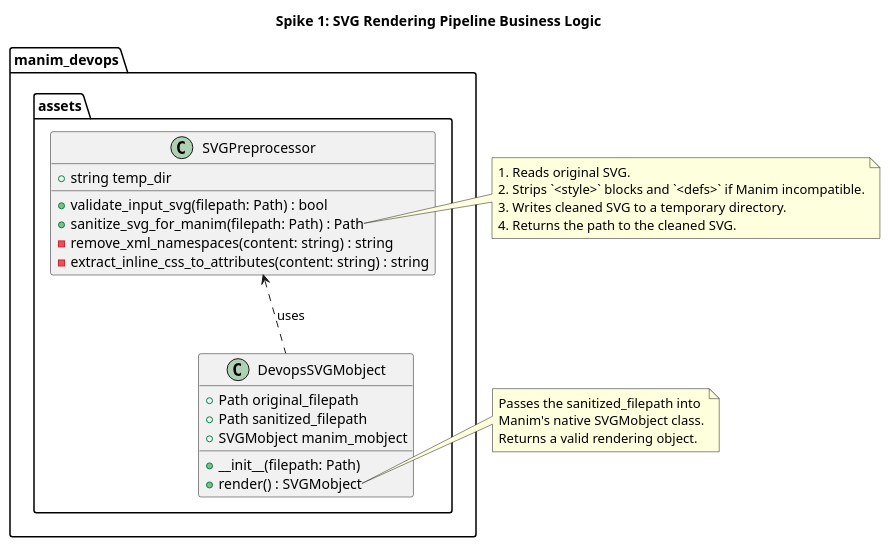
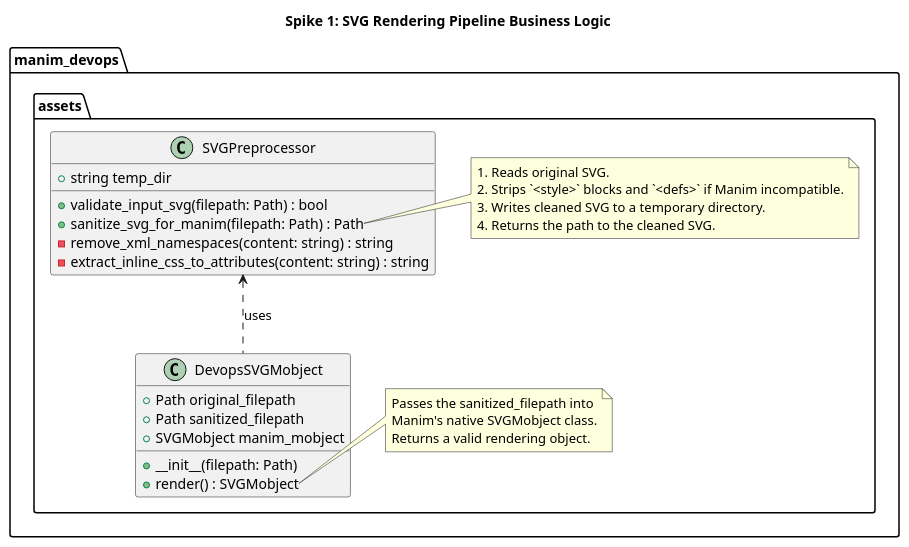
One commit to neveripe/infranim changed the diagram in spikes/spike_1/business_logic.puml. Above: the diagram before and after it, drawn with PlantUML. The commit also changed 6 other files, not shown here.

Commit message:
feat(spike3): implement strict TDD orthogonal edge routing logic and fix PlantUML syntax

```diff
--- a/spikes/spike_1/business_logic.puml
+++ b/spikes/spike_1/business_logic.puml
@@ -1,44 +1,44 @@
 @startuml spike_1_business_logic
 
 title Spike 1: SVG Rendering Pipeline Business Logic
 
 skinparam BoxPadding 10
 
 package "manim_devops.assets" {
     
     class SVGPreprocessor {
         + string temp_dir
         __
         + validate_input_svg(filepath: Path) : bool
         + sanitize_svg_for_manim(filepath: Path) : Path
         - remove_xml_namespaces(content: string) : string
         - extract_inline_css_to_attributes(content: string) : string
     }
 
     class DevopsSVGMobject {
         + Path original_filepath
         + Path sanitized_filepath
         + SVGMobject manim_mobject
         __
         + __init__(filepath: Path)
         + render() : SVGMobject
     }
 
 }
 
-note right of SVGPreprocessor::sanitize_svg_for_manim
+note right of manim_devops.assets.SVGPreprocessor::sanitize_svg_for_manim
   1. Reads original SVG.
   2. Strips `<style>` blocks and `<defs>` if Manim incompatible.
   3. Writes cleaned SVG to a temporary directory.
   4. Returns the path to the cleaned SVG.
 end note
 
-note right of DevopsSVGMobject::render
+note right of manim_devops.assets.DevopsSVGMobject::render
   Passes the sanitized_filepath into 
   Manim's native SVGMobject class.
   Returns a valid rendering object.
 end note
 
-SVGPreprocessor <.. DevopsSVGMobject : uses
+manim_devops.assets.SVGPreprocessor <.. manim_devops.assets.DevopsSVGMobject : uses
 
 @enduml
```
